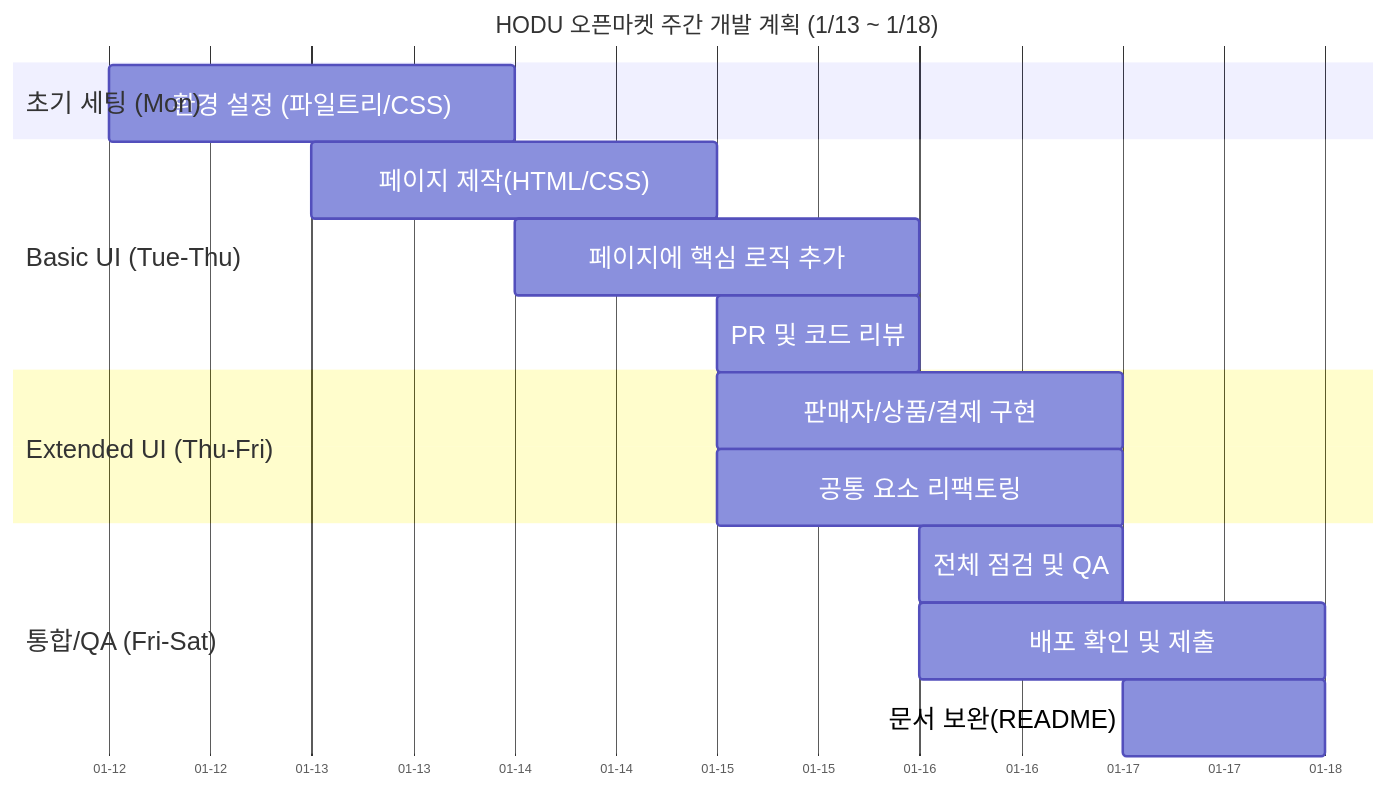
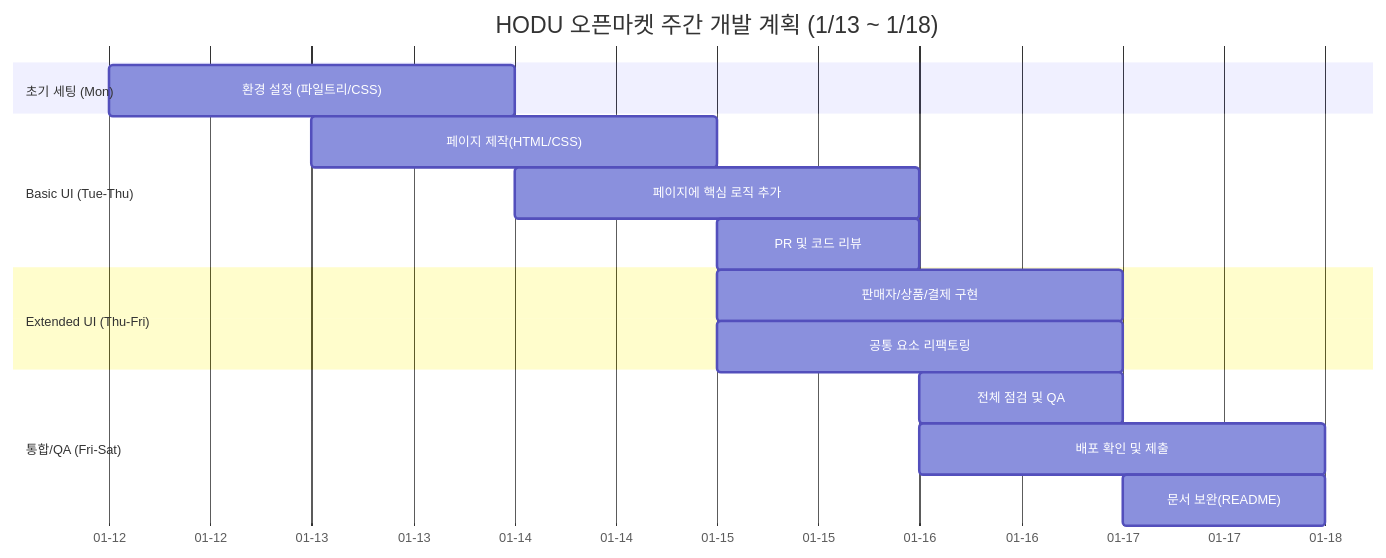
The second of 2 diagrams in README.md (DongmyeongBack/openMarket), drawn with Mermaid before and after one commit.

Commit message:
wbs수정

````diff
--- a/README.md
+++ b/README.md
@@ -113,24 +113,24 @@
 ```mermaid
-%%{init: { 'gantt': { 'barHeight': 60, 'fontSize': 20, 'sectionFontSize': 20, 'barGap': 0 } } }%%
+%%{init: { 'gantt': { 'barHeight': 40, 'fontSize': 10, 'sectionFontSize': 10, 'barGap': 0 } } }%%
 gantt
     title HODU 오픈마켓 주간 개발 계획 (1/13 ~ 1/18)
     dateFormat YYYY-MM-DD
     axisFormat %m-%d
 
     section 초기 세팅 (Mon)
         환경 설정 (파일트리/CSS)       :2026-01-12, 2d
 
     section Basic UI (Tue-Thu)
         페이지 제작(HTML/CSS)            :2026-01-13, 2d
         페이지에 핵심 로직 추가      :2026-01-14, 2d
         PR 및 코드 리뷰               :2026-01-15, 1d
 
     section Extended UI (Thu-Fri)
         판매자/상품/결제 구현          :2026-01-15, 2d
         공통 요소 리팩토링            :2026-01-15, 2d
 
     section 통합/QA (Fri-Sat)
         전체 점검 및 QA               :2026-01-16, 1d
         배포 확인 및 제출              :2026-01-16, 2d
         문서 보완(README)             :2026-01-17, 1d
 ```
````
